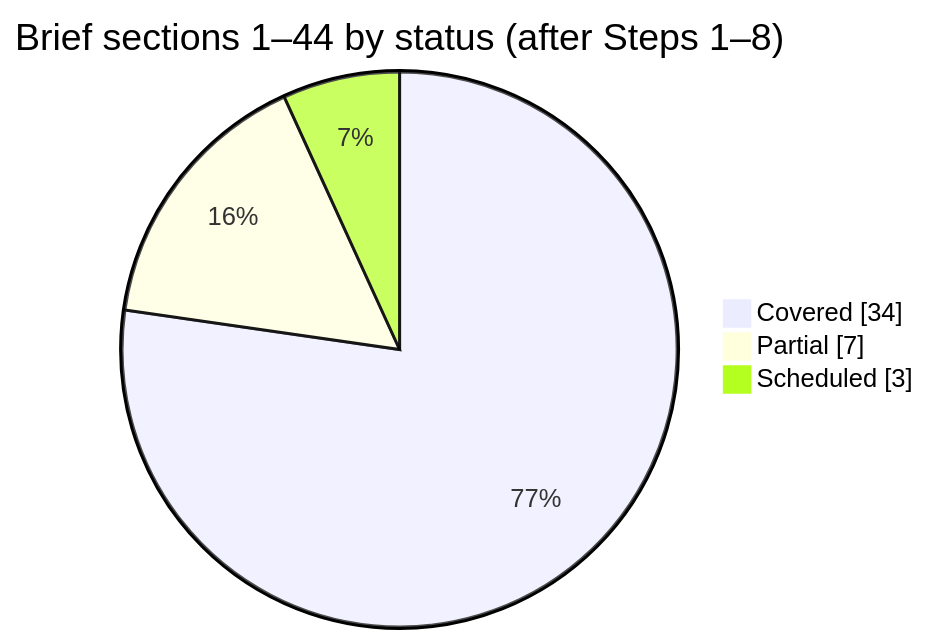
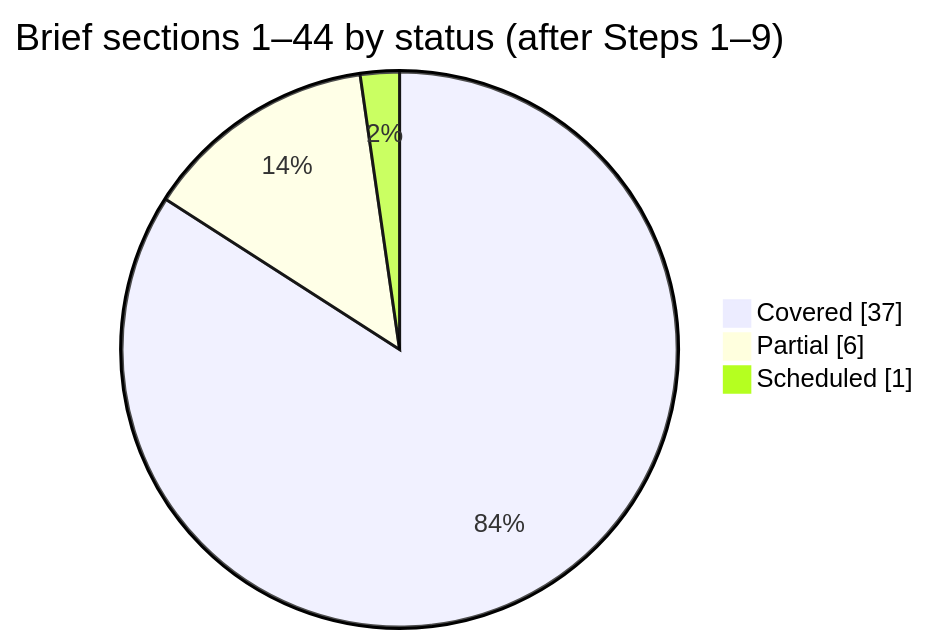
The diagram in docs/tracking/COVERAGE-MATRIX.md (adityayadav30561-rgb/MASTER-ERP), drawn with Mermaid before and after one commit. The commit also changed other lines of this file and 29 other files, not shown here.

First line of the commit message:
Accept Step 8; add Step 9 technical architecture

````diff
--- a/docs/tracking/COVERAGE-MATRIX.md
+++ b/docs/tracking/COVERAGE-MATRIX.md
@@ -14,7 +14,7 @@
 ```mermaid
 pie showData
-    title Brief sections 1–44 by status (after Steps 1–8)
-    "Covered" : 34
-    "Partial" : 7
-    "Scheduled" : 3
+    title Brief sections 1–44 by status (after Steps 1–9)
+    "Covered" : 37
+    "Partial" : 6
+    "Scheduled" : 1
 ```
````
